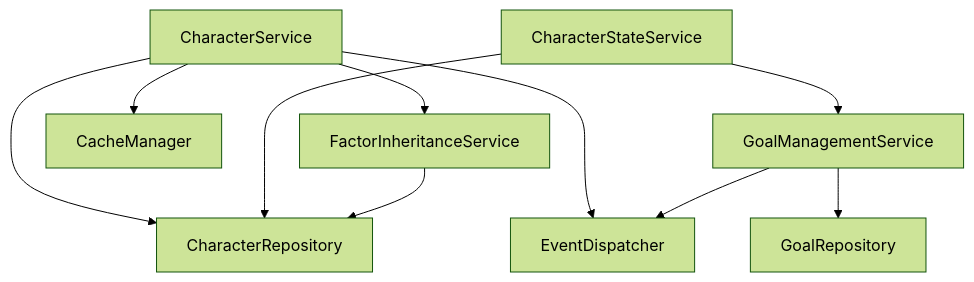
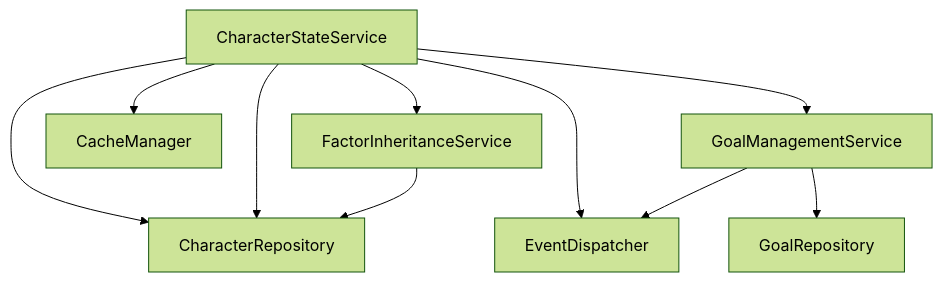
One commit to exatfrds67/umamusume-career-planner changed the sixth of 7 diagrams in docs/01-tech-flow/TECH-FLOW-001_Character_Management_Flow.md. Above: the diagram before and after it, drawn with Mermaid (forest theme). The commit also changed other lines of this file and 111 other files, not shown here.

````diff
--- a/docs/01-tech-flow/TECH-FLOW-001_Character_Management_Flow.md
+++ b/docs/01-tech-flow/TECH-FLOW-001_Character_Management_Flow.md
@@ -1187,15 +1187,15 @@
 ```mermaid
 flowchart TD
-    CharacterService --> CharacterRepository
-    CharacterService --> FactorInheritanceService
-    CharacterService --> CacheManager
-    CharacterService --> EventDispatcher
+    CharacterStateService --> CharacterRepository
+    CharacterStateService --> FactorInheritanceService
+    CharacterStateService --> CacheManager
+    CharacterStateService --> EventDispatcher
     
     CharacterStateService --> CharacterRepository
     CharacterStateService --> GoalManagementService
     
     FactorInheritanceService --> CharacterRepository
     
     GoalManagementService --> GoalRepository
     GoalManagementService --> EventDispatcher
 ```
````
